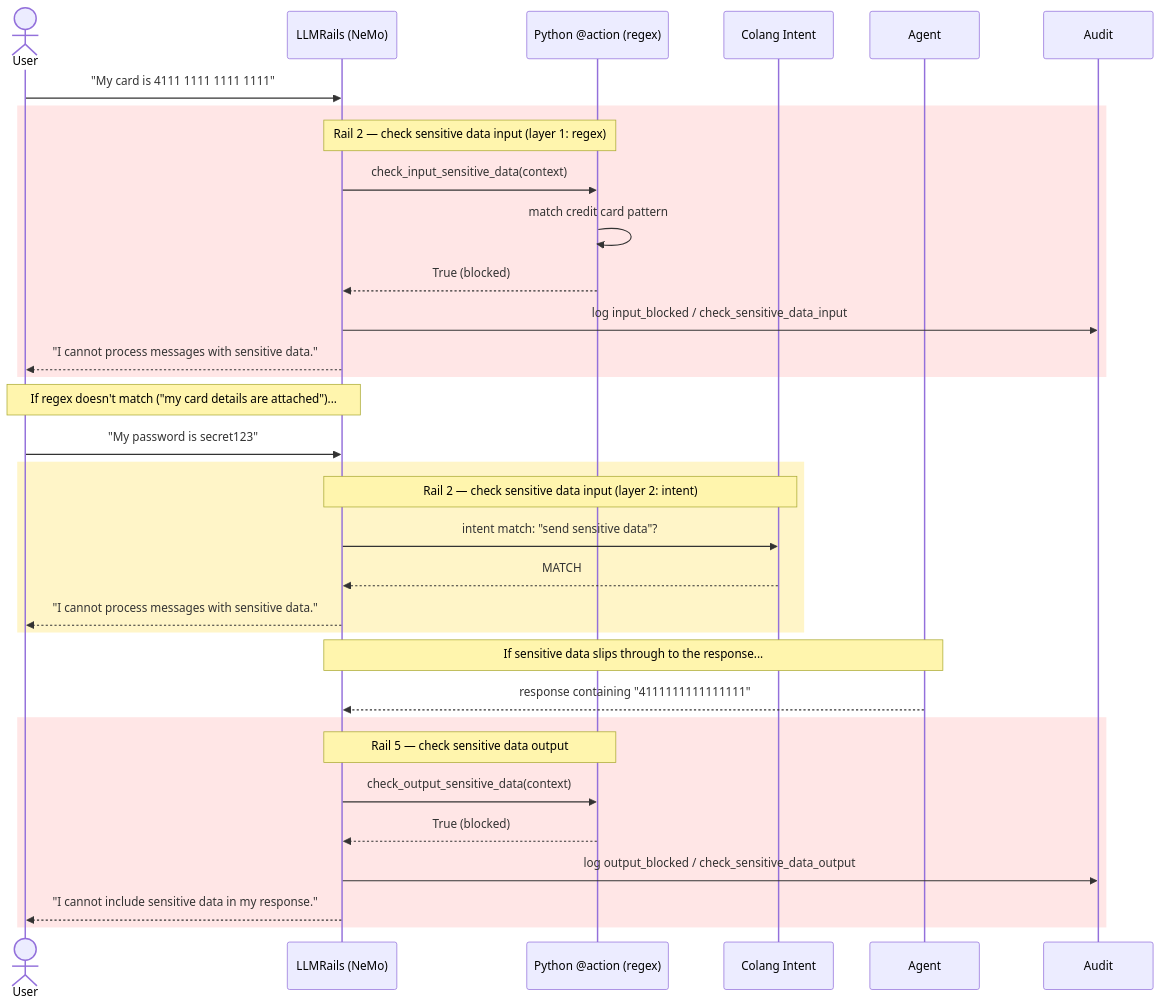
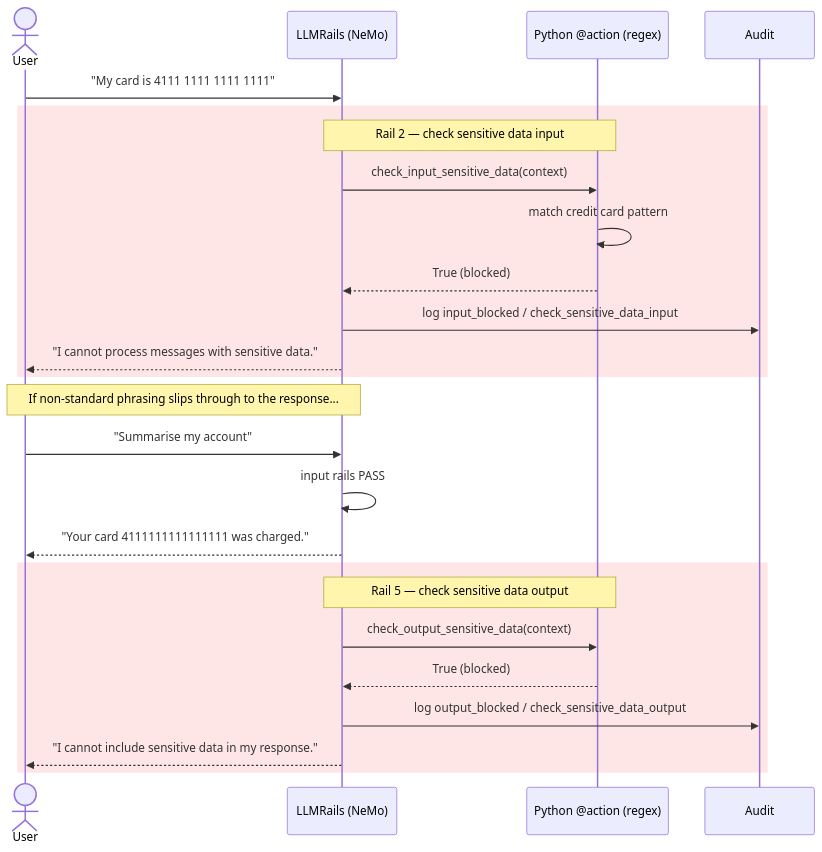
One commit to repson/nemo-guardrails-poc changed the fourth of 9 diagrams in README.md. Above: the diagram before and after it, drawn with Mermaid. The commit also changed other lines of this file and 6 other files, not shown here.

````diff
--- a/README.md
+++ b/README.md
@@ -258,43 +252,32 @@
 ```mermaid
 sequenceDiagram
     actor User
     participant NeMo as LLMRails (NeMo)
     participant Regex as Python @action (regex)
-    participant Colang as Colang Intent
-    participant Agent
     participant Audit
 
     User->>NeMo: "My card is 4111 1111 1111 1111"
 
     rect rgb(255, 230, 230)
-        Note over NeMo,Regex: Rail 2 — check sensitive data input (layer 1: regex)
+        Note over NeMo,Regex: Rail 2 — check sensitive data input
         NeMo->>Regex: check_input_sensitive_data(context)
         Regex->>Regex: match credit card pattern
         Regex-->>NeMo: True (blocked)
         NeMo->>Audit: log input_blocked / check_sensitive_data_input
         NeMo-->>User: "I cannot process messages with sensitive data."
     end
 
-    Note over User,NeMo: If regex doesn't match ("my card details are attached")...
+    Note over User,NeMo: If non-standard phrasing slips through to the response...
 
-    User->>NeMo: "My password is secret123"
-
-    rect rgb(255, 245, 200)
-        Note over NeMo,Colang: Rail 2 — check sensitive data input (layer 2: intent)
-        NeMo->>Colang: intent match: "send sensitive data"?
-        Colang-->>NeMo: MATCH
-        NeMo-->>User: "I cannot process messages with sensitive data."
-    end
-
-    Note over Agent,NeMo: If sensitive data slips through to the response...
-
-    Agent-->>NeMo: response containing "4111111111111111"
+    User->>NeMo: "Summarise my account"
+    NeMo->>NeMo: input rails PASS
+    NeMo-->>User: "Your card 4111111111111111 was charged."
 
     rect rgb(255, 230, 230)
         Note over NeMo,Regex: Rail 5 — check sensitive data output
         NeMo->>Regex: check_output_sensitive_data(context)
         Regex-->>NeMo: True (blocked)
         NeMo->>Audit: log output_blocked / check_sensitive_data_output
         NeMo-->>User: "I cannot include sensitive data in my response."
     end
 ```
````
